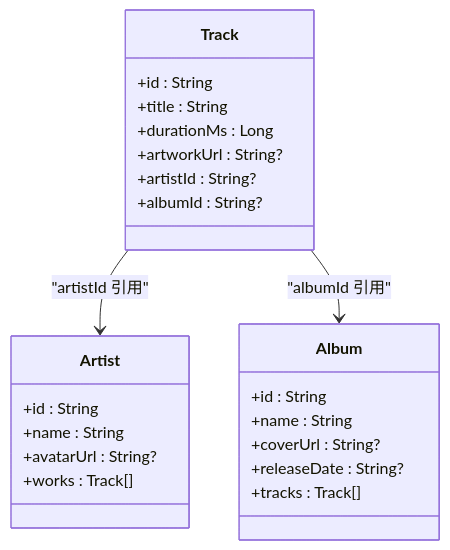
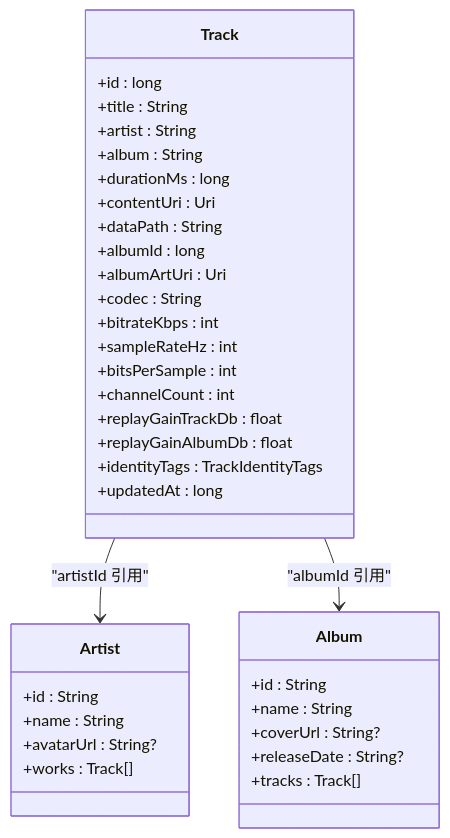
The third of 7 diagrams in .qoder/repowiki/zh/content/核心模块/数据模型模块 (core_model).md (ysyhlly/Yukine-android), drawn with Mermaid before and after one commit. The commit also changed other lines of this file and 254 other files, not shown here.

````diff
--- a/.qoder/repowiki/zh/content/核心模块/数据模型模块 (core_model).md
+++ b/.qoder/repowiki/zh/content/核心模块/数据模型模块 (core_model).md
@@ -145,26 +116,38 @@
 ```mermaid
 classDiagram
 class Track {
-+id : String
++id : long
 +title : String
-+durationMs : Long
-+artworkUrl : String?
-+artistId : String?
-+albumId : String?
++artist : String
++album : String
++durationMs : long
++contentUri : Uri
++dataPath : String
++albumId : long
++albumArtUri : Uri
++codec : String
++bitrateKbps : int
++sampleRateHz : int
++bitsPerSample : int
++channelCount : int
++replayGainTrackDb : float
++replayGainAlbumDb : float
++identityTags : TrackIdentityTags
++updatedAt : long
 }
 class Album {
 +id : String
 +name : String
 +coverUrl : String?
 +releaseDate : String?
 +tracks : Track[]
 }
 class Artist {
 +id : String
 +name : String
 +avatarUrl : String?
 +works : Track[]
 }
 Track --> Artist : "artistId 引用"
 Track --> Album : "albumId 引用"
 ```
````
